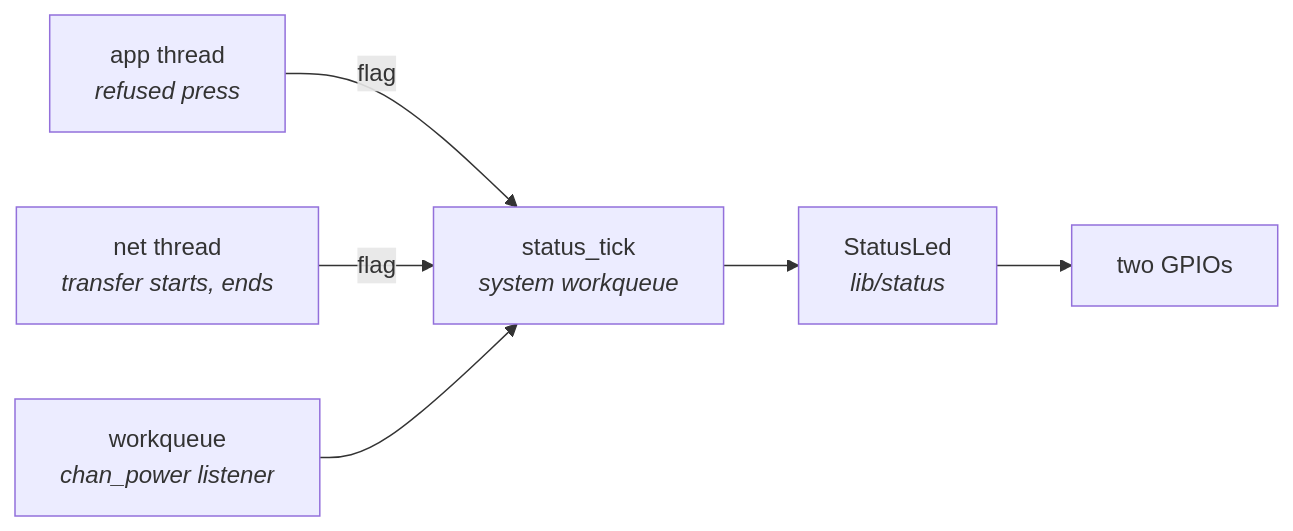
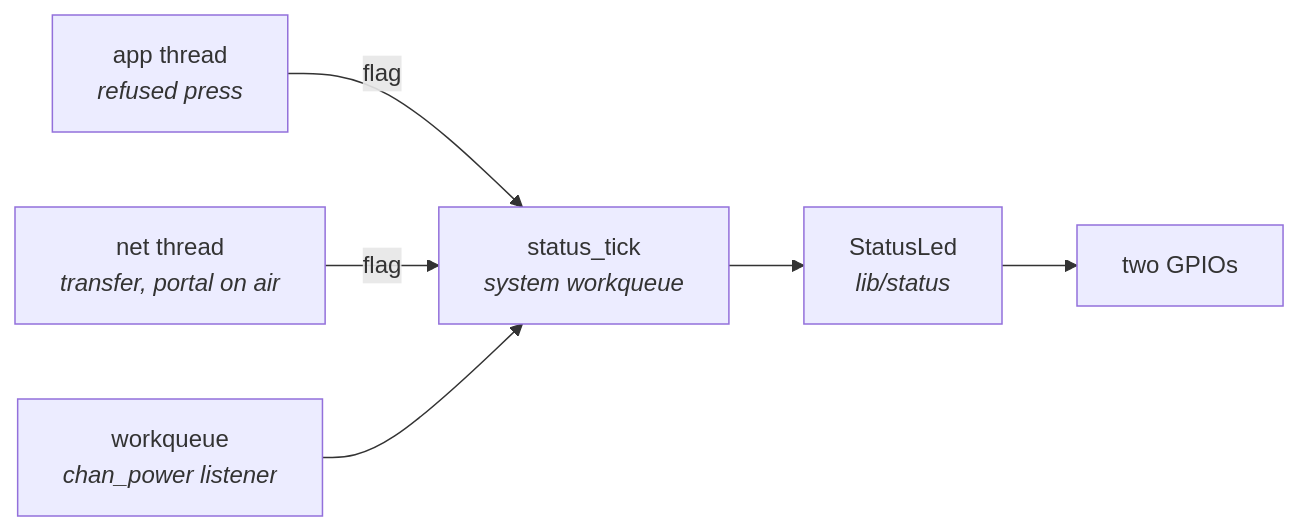
Diagram 13 of 17 in docs/firmware_architecture.md (giacomomellone/cicala), drawn with Mermaid before and after one commit. The commit also changed other lines of this file and 4 other files, not shown here.

````diff
--- a/docs/firmware_architecture.md
+++ b/docs/firmware_architecture.md
@@ -909,7 +915,7 @@
 ```mermaid
 flowchart LR
     APP["app thread<br/><i>refused press</i>"] -- flag --> TICK
-    NET["net thread<br/><i>transfer starts, ends</i>"] -- flag --> TICK
+    NET["net thread<br/><i>transfer, portal on air</i>"] -- flag --> TICK
     WQ["workqueue<br/><i>chan_power listener</i>"] --> TICK["status_tick<br/><i>system workqueue</i>"]
     TICK --> LED["StatusLed<br/><i>lib/status</i>"] --> PINS["two GPIOs"]
 ```
````
